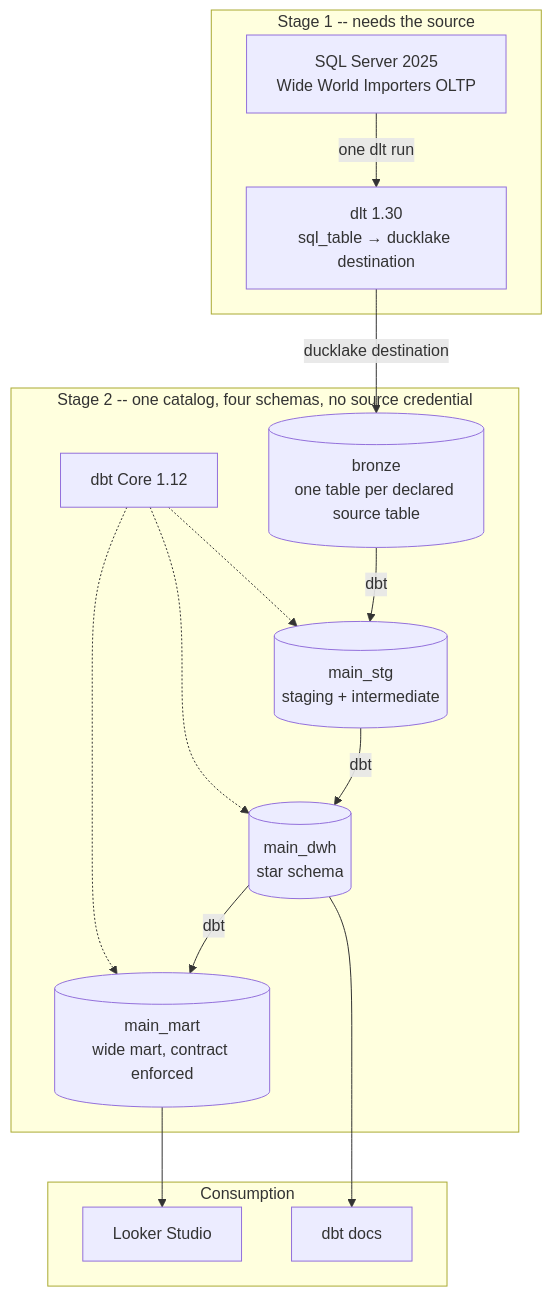
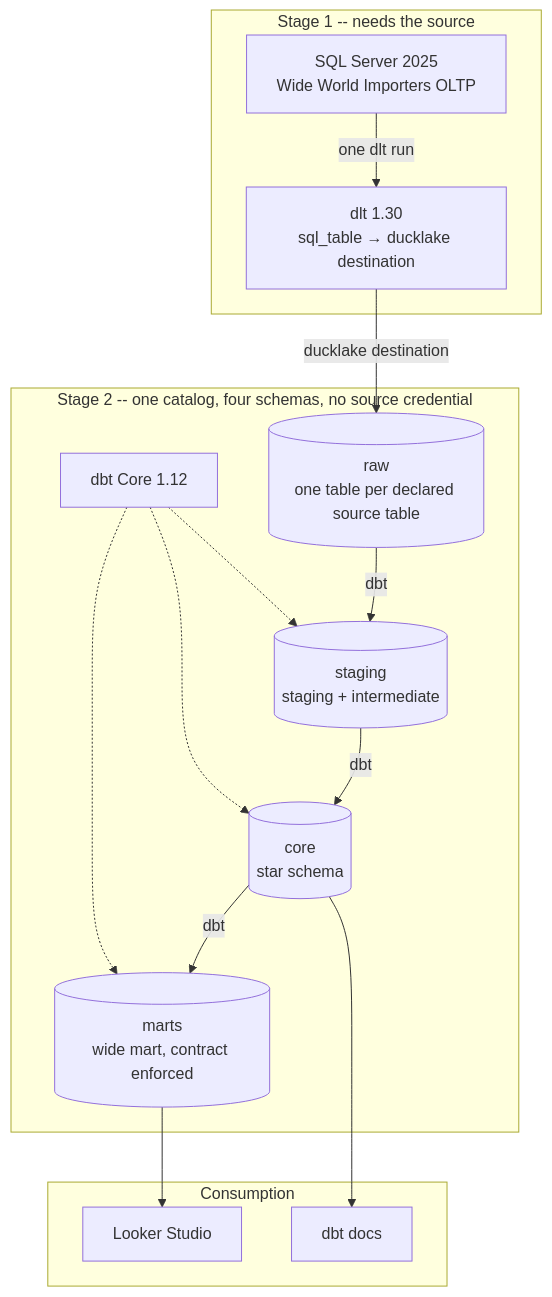
Before and after one commit to plat102/pj-dw-wide-world-importers: the diagram in docs/technical_design.md, drawn with Mermaid. The commit also changed other lines of this file and 65 other files, not shown here.

````diff
--- a/docs/technical_design.md
+++ b/docs/technical_design.md
@@ -7,31 +7,31 @@
 ```mermaid
 graph TB
     subgraph Stage1["Stage 1 -- needs the source"]
         OLTP[SQL Server 2025<br/>Wide World Importers OLTP]
         DLT[dlt 1.30<br/>sql_table → ducklake destination]
     end
 
     subgraph Lake["Stage 2 -- one catalog, four schemas, no source credential"]
-        BRONZE[(bronze<br/>one table per declared source table)]
-        STG[(main_stg<br/>staging + intermediate)]
-        DWH[(main_dwh<br/>star schema)]
-        MART[(main_mart<br/>wide mart, contract enforced)]
+        BRONZE[(raw<br/>one table per declared source table)]
+        STG[(staging<br/>staging + intermediate)]
+        DWH[(core<br/>star schema)]
+        MART[(marts<br/>wide mart, contract enforced)]
         DBT[dbt Core 1.12]
     end
 
     subgraph Consume["Consumption"]
         BI[Looker Studio]
         DOCS[dbt docs]
     end
 
     OLTP -->|one dlt run| DLT
     DLT -->|ducklake destination| BRONZE
     BRONZE -->|dbt| STG
     STG -->|dbt| DWH
     DWH -->|dbt| MART
     DBT -.-> STG
     DBT -.-> DWH
     DBT -.-> MART
     MART --> BI
     DWH --> DOCS
 ```
````
